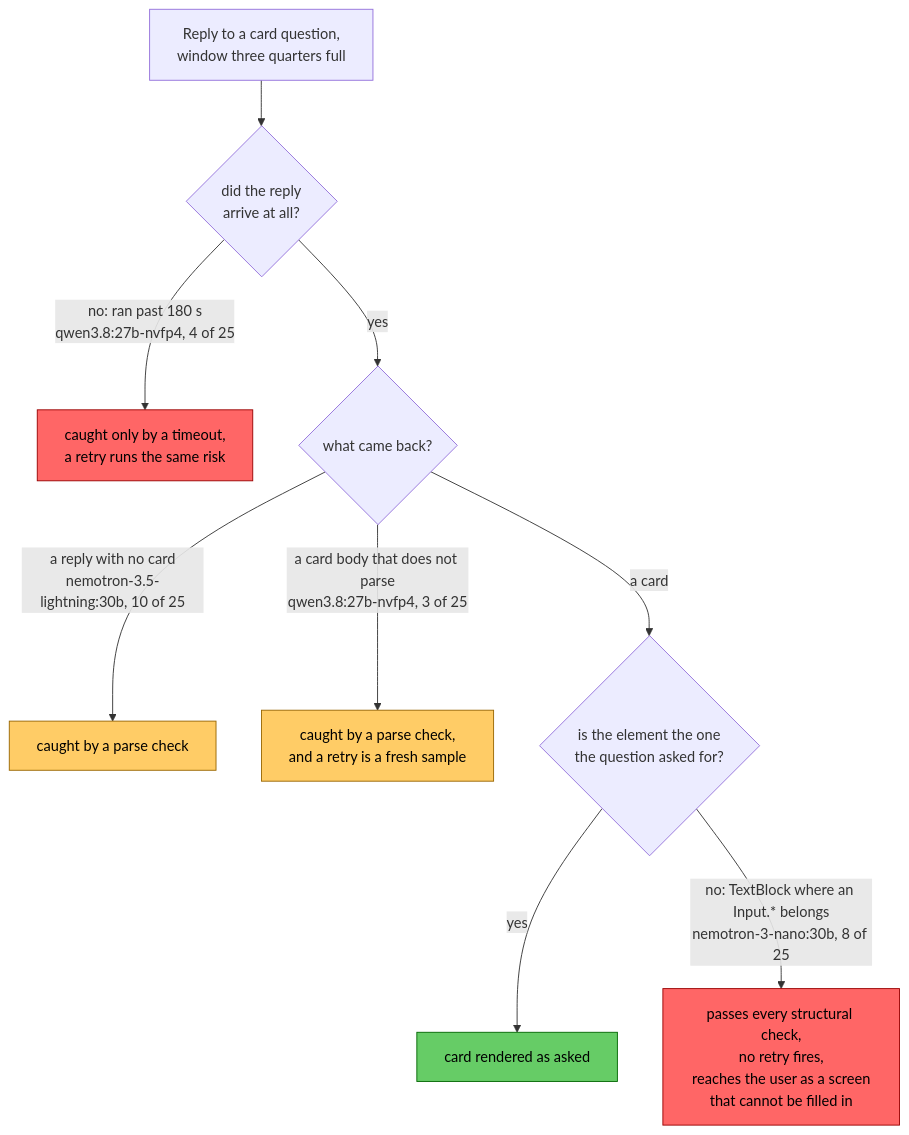
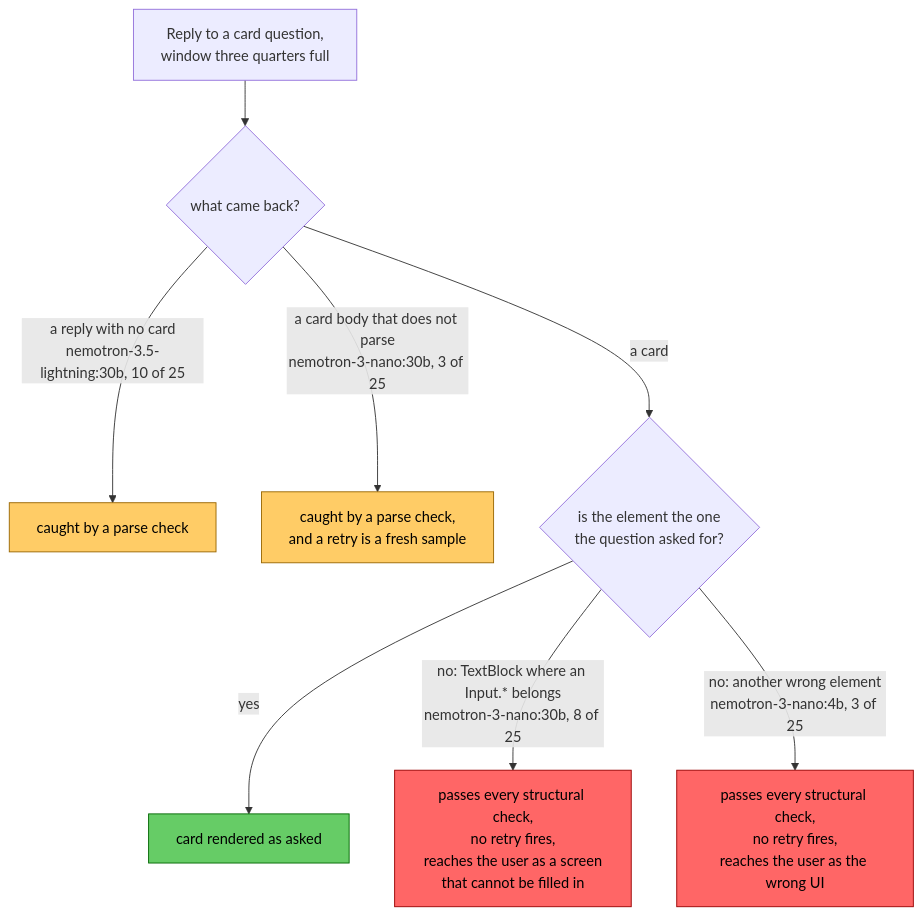
One commit to freemansoft/Flutter-AdaptiveCards changed the second of 2 diagrams in adaptive_chat_server_dart/blog/article-7-full-context-cost-draft.md. Above: the diagram before and after it, drawn with Mermaid. The commit also changed other lines of this file and 40 other files, not shown here.

````diff
--- a/adaptive_chat_server_dart/blog/article-7-full-context-cost-draft.md
+++ b/adaptive_chat_server_dart/blog/article-7-full-context-cost-draft.md
@@ -226,16 +184,15 @@
 ```mermaid
 flowchart TD
-  R["Reply to a card question,\nwindow three quarters full"] --> T{"did the reply\narrive at all?"}
-  T -- "no: ran past 180 s\nqwen3.8:27b-nvfp4, 4 of 25" --> STALL["caught only by a timeout,\na retry runs the same risk"]
-  T -- yes --> D{"what came back?"}
+  R["Reply to a card question,\nwindow three quarters full"] --> D{"what came back?"}
   D -- "a reply with no card\nnemotron-3.5-lightning:30b, 10 of 25" --> CAUGHT["caught by a parse check"]
-  D -- "a card body that does not parse\nqwen3.8:27b-nvfp4, 3 of 25" --> RETRY["caught by a parse check,\nand a retry is a fresh sample"]
+  D -- "a card body that does not parse\nnemotron-3-nano:30b, 3 of 25" --> RETRY["caught by a parse check,\nand a retry is a fresh sample"]
   D -- "a card" --> E{"is the element the one\nthe question asked for?"}
   E -- yes --> OK["card rendered as asked"]
   E -- "no: TextBlock where an Input.* belongs\nnemotron-3-nano:30b, 8 of 25" --> BLANK["passes every structural check,\nno retry fires,\nreaches the user as a screen\nthat cannot be filled in"]
+  E -- "no: another wrong element\nnemotron-3-nano:4b, 3 of 25" --> WRONG["passes every structural check,\nno retry fires,\nreaches the user as the wrong UI"]
   style OK fill:#6c6,stroke:#060,color:#000
   style CAUGHT fill:#fc6,stroke:#960,color:#000
   style RETRY fill:#fc6,stroke:#960,color:#000
-  style STALL fill:#f66,stroke:#900,color:#000
   style BLANK fill:#f66,stroke:#900,color:#000
+  style WRONG fill:#f66,stroke:#900,color:#000
 ```
````
